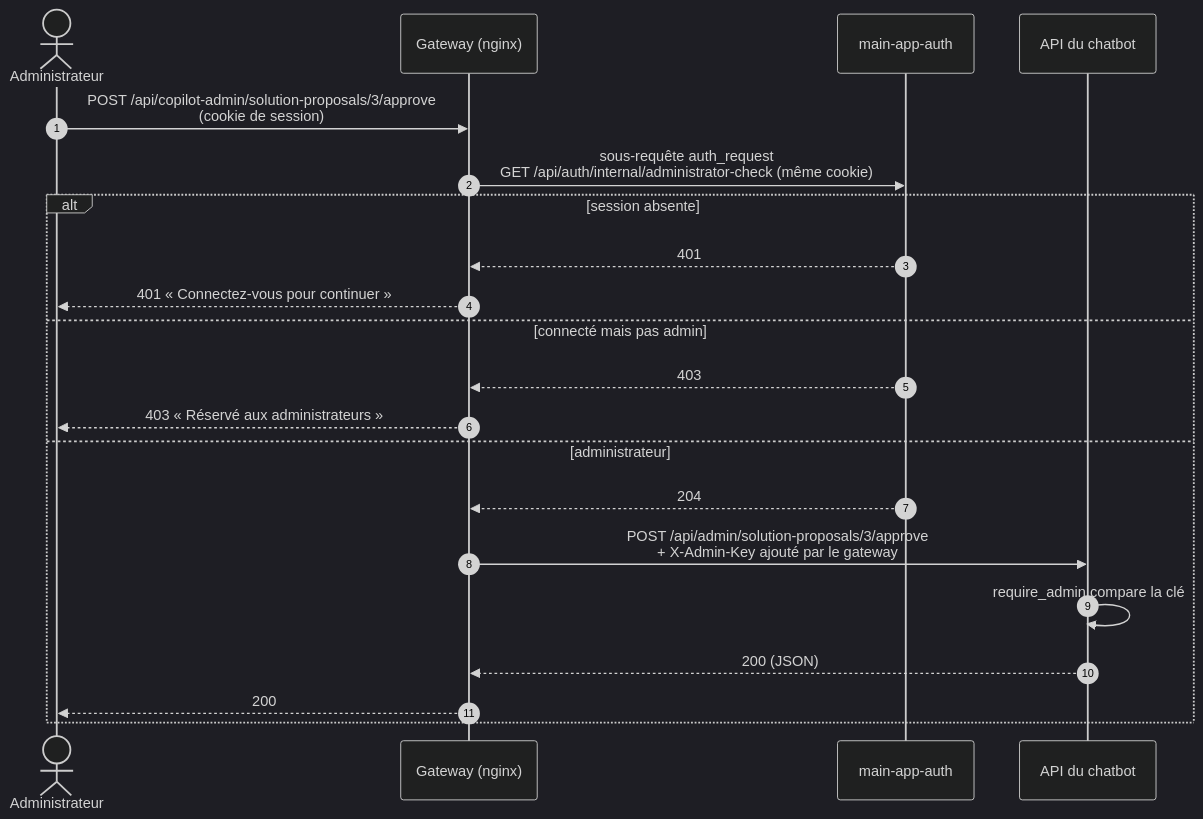
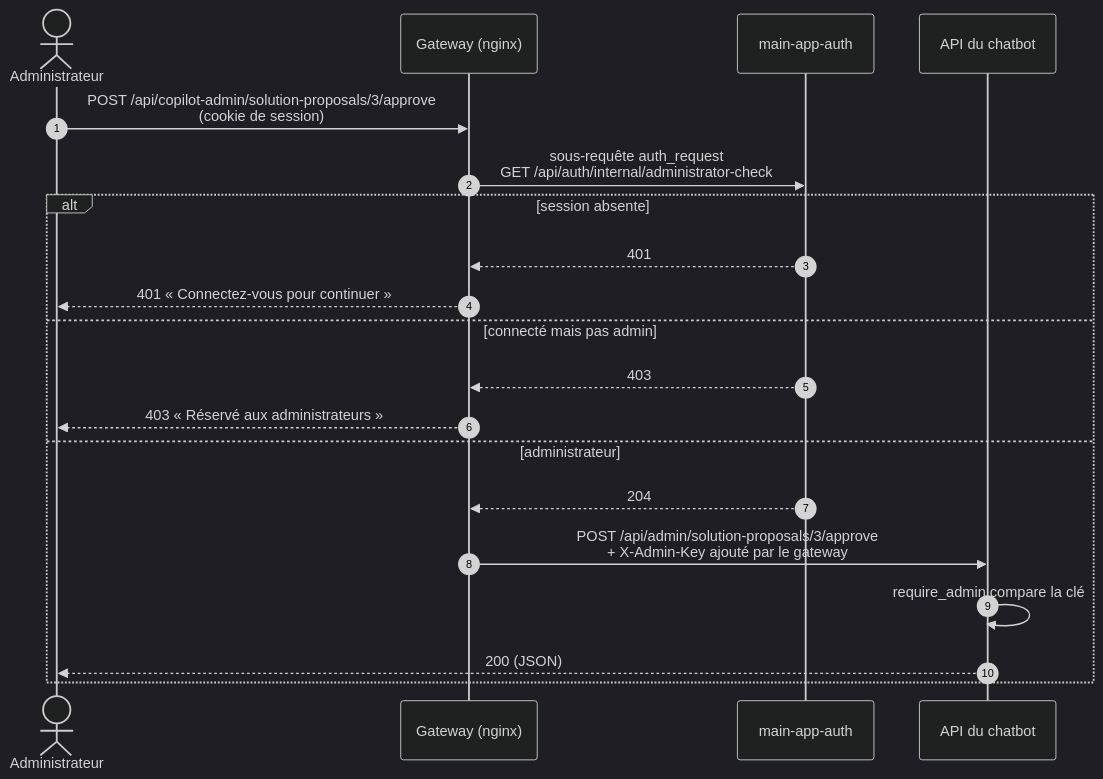
The fourth of 4 diagrams in docs/demarrage-et-connexions.md (kalinuxjohn-ctrl/atm-chatbot), drawn with Mermaid (dark theme) before and after one commit. The commit also changed other lines of this file and 43 other files, not shown here.

````diff
--- a/docs/demarrage-et-connexions.md
+++ b/docs/demarrage-et-connexions.md
@@ -318,24 +360,23 @@
 ```mermaid
 sequenceDiagram
     autonumber
     actor Ad as Administrateur
     participant G as Gateway (nginx)
     participant A as main-app-auth
     participant C as API du chatbot
 
     Ad->>G: POST /api/copilot-admin/solution-proposals/3/approve<br/>(cookie de session)
-    G->>A: sous-requête auth_request<br/>GET /api/auth/internal/administrator-check (même cookie)
+    G->>A: sous-requête auth_request<br/>GET /api/auth/internal/administrator-check
     alt session absente
         A-->>G: 401
         G-->>Ad: 401 « Connectez-vous pour continuer »
     else connecté mais pas admin
         A-->>G: 403
         G-->>Ad: 403 « Réservé aux administrateurs »
     else administrateur
         A-->>G: 204
         G->>C: POST /api/admin/solution-proposals/3/approve<br/>+ X-Admin-Key ajouté par le gateway
         C->>C: require_admin compare la clé
-        C-->>G: 200 (JSON)
-        G-->>Ad: 200
+        C-->>Ad: 200 (JSON)
     end
 ```
````
